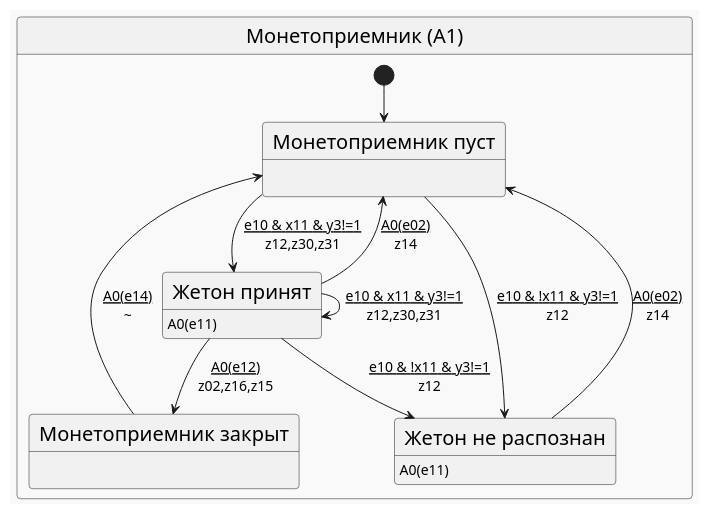
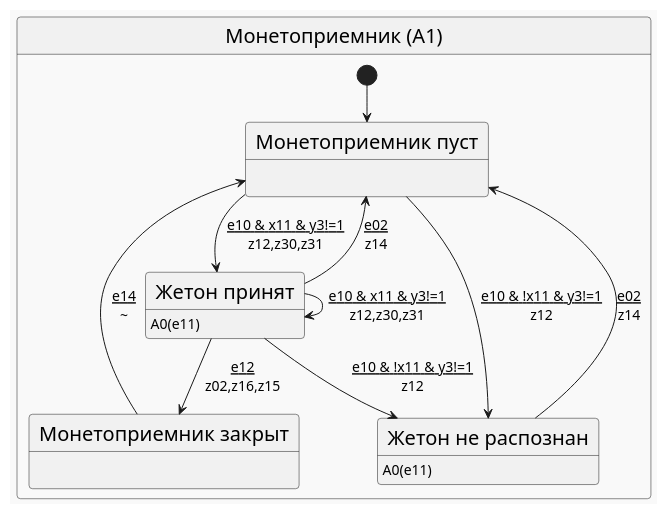
The diagram in articles/multiply_many_nested/puml/a1.puml (PhoenixNazarov/fsm-multiply), drawn with PlantUML before and after one commit. The commit also changed 12 other files, not shown here.

```diff
--- a/articles/multiply_many_nested/puml/a1.puml
+++ b/articles/multiply_many_nested/puml/a1.puml
@@ -1,20 +1,20 @@
 @startuml
 !theme mars
 skinparam stateFontSize 20
 skinparam arrowFontSize 14
 state "Монетоприемник (A1)" as A1 {
     [*] --> A10
     state "Монетоприемник пуст" as A10 : 
     state "Монетоприемник закрыт" as A13 : 
     state "Жетон принят" as A11 : <size:14>A0(e11)
     state "Жетон не распознан" as A12 : <size:14>A0(e11)
     A10 --> A11 : <u>e10 & x11 & y3!=1\nz12,z30,z31
     A10 --> A12 : <u>e10 & !x11 & y3!=1\nz12
     A11 --> A11 : <u>e10 & x11 & y3!=1\nz12,z30,z31
-    A11 --> A10 : <u>A0(e02)\nz14
-    A11 --> A13 : <u>A0(e12)\nz02,z16,z15
+    A11 --> A10 : <u>e02\nz14
+    A11 --> A13 : <u>e12\nz02,z16,z15
     A11 --> A12 : <u>e10 & !x11 & y3!=1\nz12
-    A12 --> A10 : <u>A0(e02)\nz14
-    A13 --> A10 : <u>A0(e14)\n~
+    A12 --> A10 : <u>e02\nz14
+    A13 --> A10 : <u>e14\n~
 }
 @enduml
```
